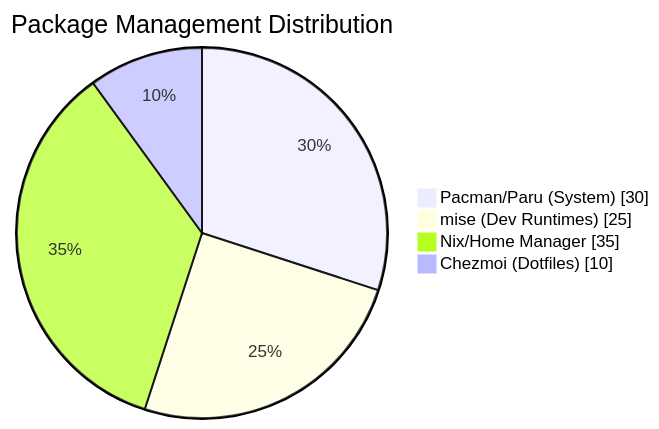
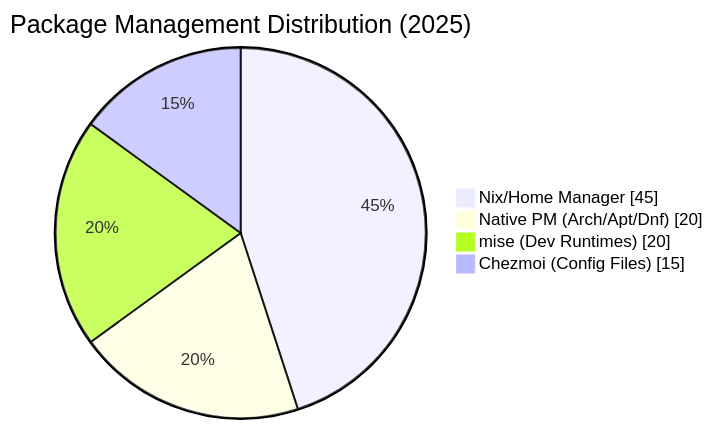
Before and after one commit to Yuzu02/dotfiles: the ninth of 9 diagrams in README.md, drawn with Mermaid. The commit also changed other lines of this file and 6 other files, not shown here.

First line of the commit message:
feat(setup): :sparkles: Update Home Manager configurations and install script for 2025/2026 best practices

````diff
--- a/README.md
+++ b/README.md
@@ -400,8 +544,8 @@
 ```mermaid
 pie showData
-    title Package Management Distribution
-    "Pacman/Paru (System)" : 30
-    "mise (Dev Runtimes)" : 25
-    "Nix/Home Manager" : 35
-    "Chezmoi (Dotfiles)" : 10
+    title Package Management Distribution (2025)
+    "Nix/Home Manager" : 45
+    "Native PM (Arch/Apt/Dnf)" : 20
+    "mise (Dev Runtimes)" : 20
+    "Chezmoi (Config Files)" : 15
 ```
````
